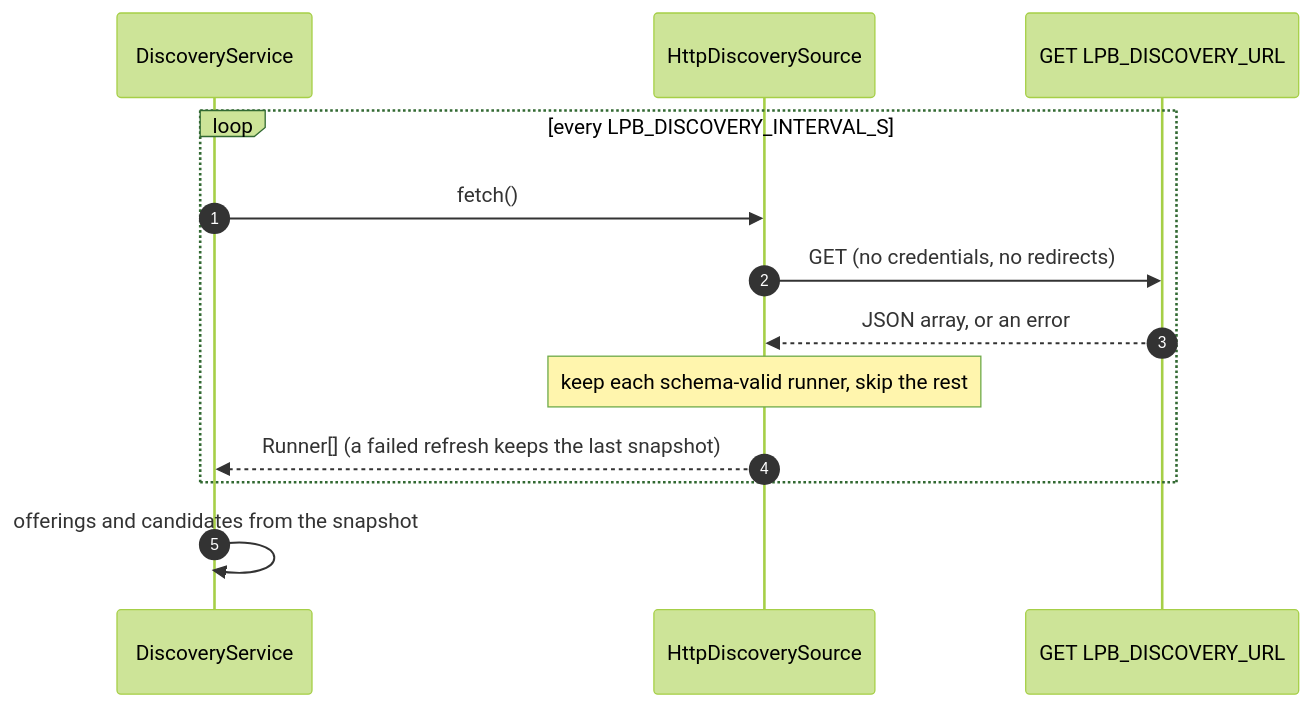
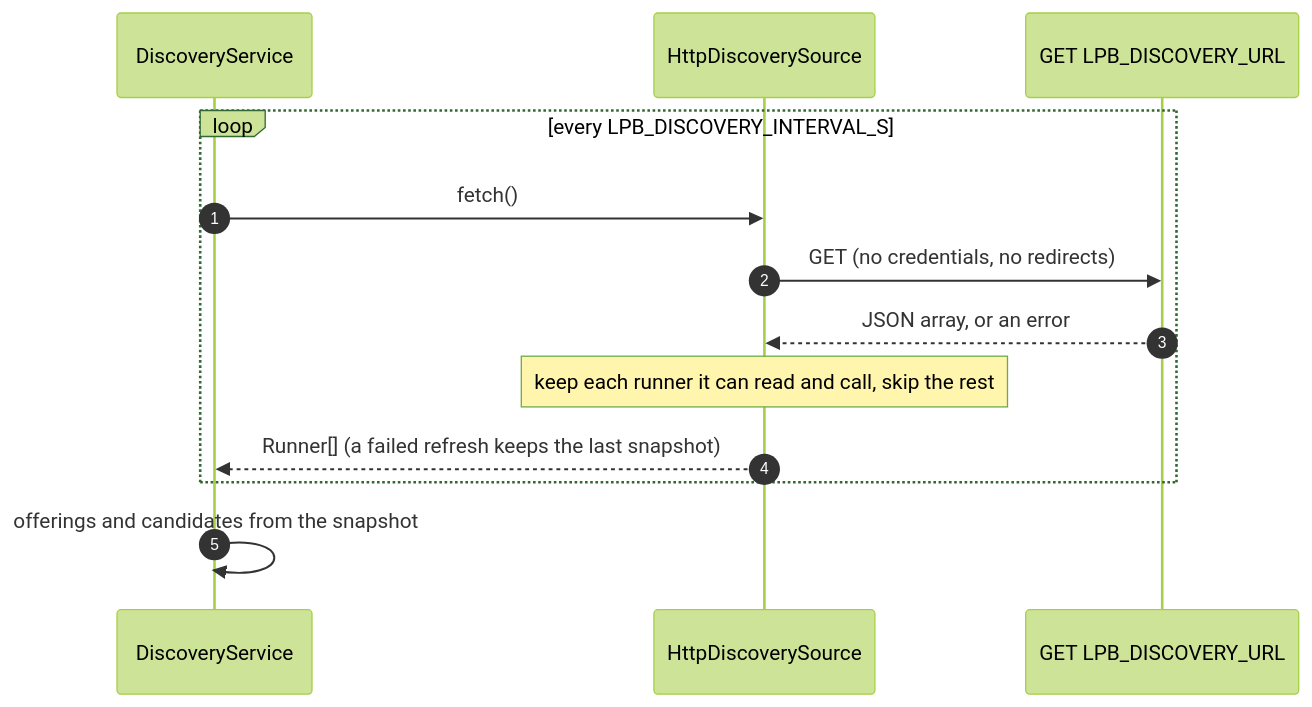
Before and after one commit to NE-Build-Track/livepeer-builder-core: diagram 11 of 16 in docs/design-docs/interfaces-and-http-servers.md, drawn with Mermaid (forest theme). The commit also changed other lines of this file and 36 other files, not shown here.

````diff
--- a/docs/design-docs/interfaces-and-http-servers.md
+++ b/docs/design-docs/interfaces-and-http-servers.md
@@ -665,15 +665,15 @@
 ```mermaid
 sequenceDiagram
     autonumber
     participant DS as DiscoveryService
     participant H as HttpDiscoverySource
     participant Svc as GET LPB_DISCOVERY_URL
     loop every LPB_DISCOVERY_INTERVAL_S
         DS->>H: fetch()
         H->>Svc: GET (no credentials, no redirects)
         Svc-->>H: JSON array, or an error
-        Note over H: keep each schema-valid runner, skip the rest
+        Note over H: keep each runner it can read and call, skip the rest
         H-->>DS: Runner[] (a failed refresh keeps the last snapshot)
     end
     DS->>DS: offerings and candidates from the snapshot
 ```
````
